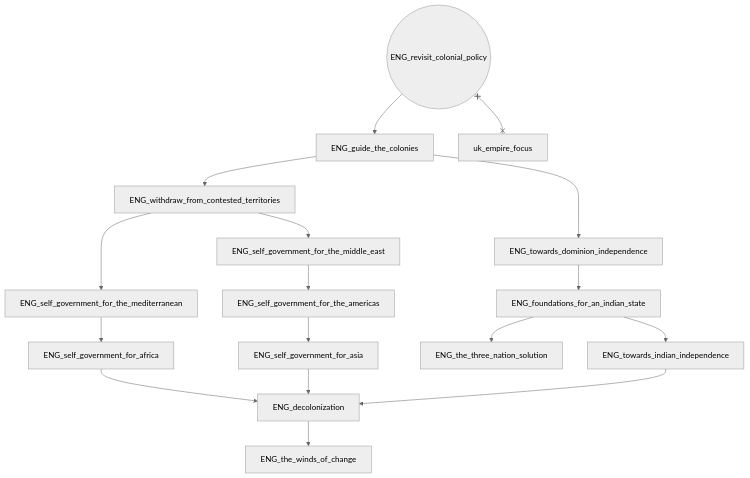
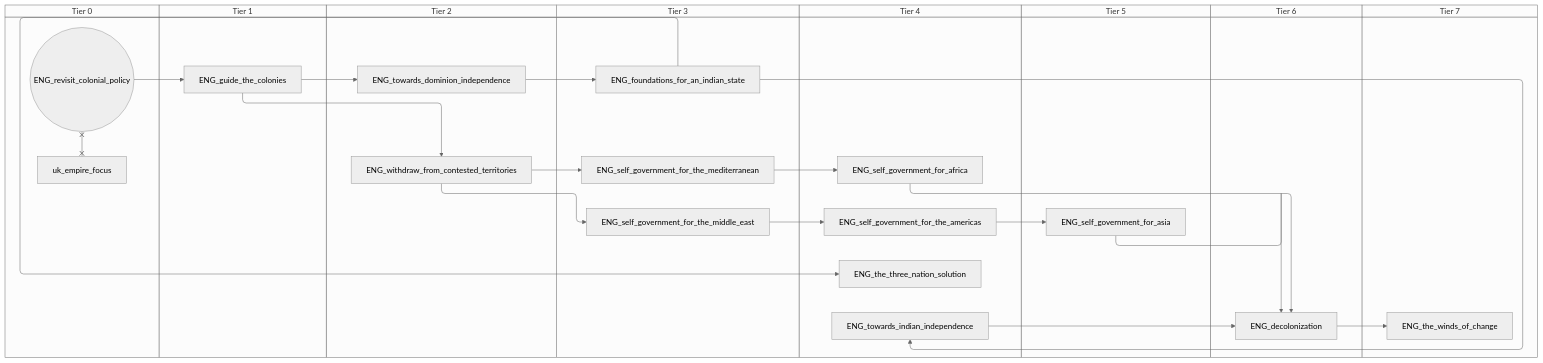
The second of 6 diagrams in docs/gdd/National Focuses/uk.md (evgeny-sobol/hoi4-sandbox-mode), drawn with Mermaid (neutral theme) before and after one commit. The commit also changed other lines of this file and 80 other files, not shown here.

First line of the commit message:
Add swimlane mode to focus graph exporter

````diff
--- a/docs/gdd/National Focuses/uk.md
+++ b/docs/gdd/National Focuses/uk.md
@@ -123,34 +141,50 @@
 ```mermaid
-flowchart TD
-    n48["ENG_decolonization"]
-    n49["ENG_foundations_for_an_indian_state"]
-    n50["ENG_guide_the_colonies"]
-    n51(("ENG_revisit_colonial_policy"))
-    n52["ENG_self_government_for_africa"]
-    n53["ENG_self_government_for_asia"]
-    n54["ENG_self_government_for_the_americas"]
-    n55["ENG_self_government_for_the_mediterranean"]
-    n56["ENG_self_government_for_the_middle_east"]
-    n57["ENG_the_three_nation_solution"]
-    n58["ENG_the_winds_of_change"]
-    n59["ENG_towards_dominion_independence"]
-    n60["ENG_towards_indian_independence"]
-    n61["ENG_withdraw_from_contested_territories"]
-    n62["uk_empire_focus"]
-    n52 --> n48
-    n53 --> n48
-    n60 --> n48
-    n59 --> n49
-    n51 --> n50
-    n55 --> n52
-    n54 --> n53
-    n56 --> n54
-    n61 --> n55
-    n61 --> n56
-    n49 --> n57
-    n48 --> n58
-    n50 --> n59
-    n49 --> n60
-    n50 --> n61
-    n51 x--x n62
+swimlane-beta TD
+    subgraph tier_0["Tier 0"]
+        n48(("ENG_revisit_colonial_policy"))
+        n49["uk_empire_focus"]
+    end
+    subgraph tier_1["Tier 1"]
+        n50["ENG_guide_the_colonies"]
+    end
+    subgraph tier_2["Tier 2"]
+        n51["ENG_towards_dominion_independence"]
+        n52["ENG_withdraw_from_contested_territories"]
+    end
+    subgraph tier_3["Tier 3"]
+        n53["ENG_foundations_for_an_indian_state"]
+        n54["ENG_self_government_for_the_mediterranean"]
+        n55["ENG_self_government_for_the_middle_east"]
+    end
+    subgraph tier_4["Tier 4"]
+        n56["ENG_self_government_for_africa"]
+        n57["ENG_self_government_for_the_americas"]
+        n58["ENG_the_three_nation_solution"]
+        n59["ENG_towards_indian_independence"]
+    end
+    subgraph tier_5["Tier 5"]
+        n60["ENG_self_government_for_asia"]
+    end
+    subgraph tier_6["Tier 6"]
+        n61["ENG_decolonization"]
+    end
+    subgraph tier_7["Tier 7"]
+        n62["ENG_the_winds_of_change"]
+    end
+    n56 --> n61
+    n60 --> n61
+    n59 --> n61
+    n51 --> n53
+    n48 --> n50
+    n54 --> n56
+    n57 --> n60
+    n55 --> n57
+    n52 --> n54
+    n52 --> n55
+    n53 --> n58
+    n61 --> n62
+    n50 --> n51
+    n53 --> n59
+    n50 --> n52
+    n48 x--x n49
 ```
````
